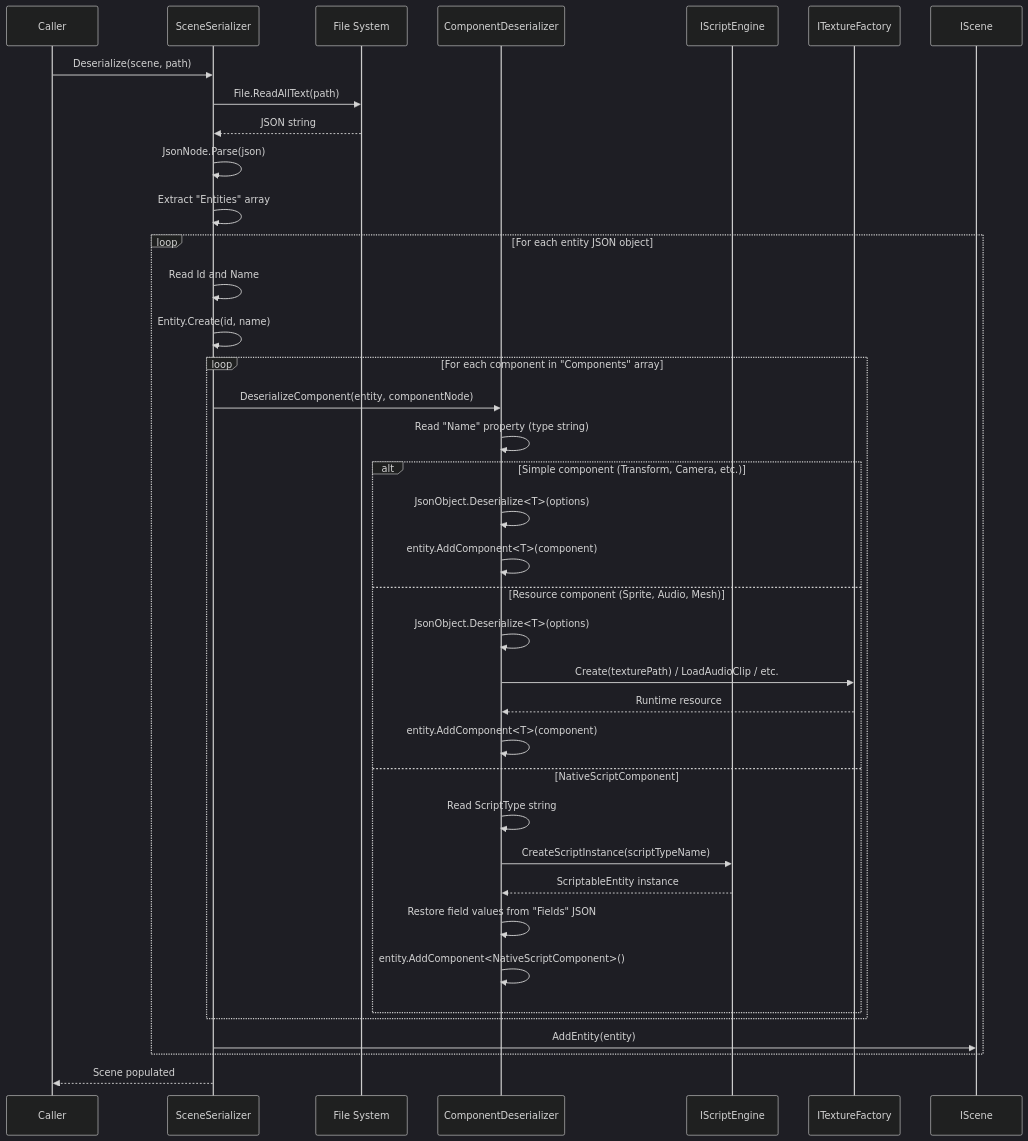
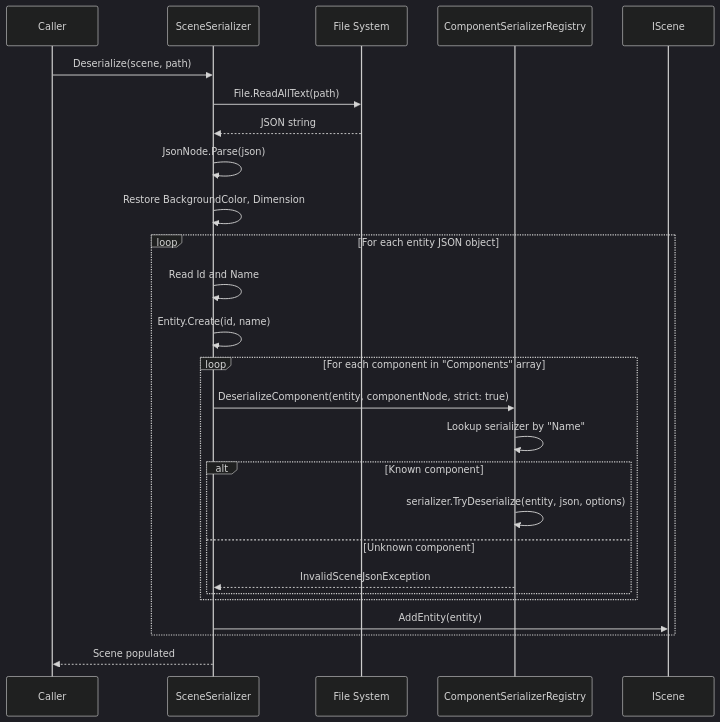
One commit to kateusz/GameEngine changed the second of 2 diagrams in docs/architecture/serialization.md. Above: the diagram before and after it, drawn with Mermaid (dark theme). The commit also changed other lines of this file and 25 other files, not shown here.

````diff
--- a/docs/architecture/serialization.md
+++ b/docs/architecture/serialization.md
@@ -153,46 +182,33 @@
 ```mermaid
 sequenceDiagram
     participant Caller
     participant SS as SceneSerializer
     participant FS as File System
-    participant CD as ComponentDeserializer
-    participant SE as IScriptEngine
-    participant TF as ITextureFactory
+    participant CSR as ComponentSerializerRegistry
     participant Scene as IScene
 
     Caller->>SS: Deserialize(scene, path)
     SS->>FS: File.ReadAllText(path)
     FS-->>SS: JSON string
     SS->>SS: JsonNode.Parse(json)
-    SS->>SS: Extract "Entities" array
+    SS->>SS: Restore BackgroundColor, Dimension
 
     loop For each entity JSON object
         SS->>SS: Read Id and Name
         SS->>SS: Entity.Create(id, name)
 
         loop For each component in "Components" array
-            SS->>CD: DeserializeComponent(entity, componentNode)
-            CD->>CD: Read "Name" property (type string)
-
-            alt Simple component (Transform, Camera, etc.)
-                CD->>CD: JsonObject.Deserialize<T>(options)
-                CD->>CD: entity.AddComponent<T>(component)
-            else Resource component (Sprite, Audio, Mesh)
-                CD->>CD: JsonObject.Deserialize<T>(options)
-                CD->>TF: Create(texturePath) / LoadAudioClip / etc.
-                TF-->>CD: Runtime resource
-                CD->>CD: entity.AddComponent<T>(component)
-            else NativeScriptComponent
-                CD->>CD: Read ScriptType string
-                CD->>SE: CreateScriptInstance(scriptTypeName)
-                SE-->>CD: ScriptableEntity instance
-                CD->>CD: Restore field values from "Fields" JSON
-                CD->>CD: entity.AddComponent<NativeScriptComponent>()
+            SS->>CSR: DeserializeComponent(entity, componentNode, strict: true)
+            CSR->>CSR: Lookup serializer by "Name"
+            alt Known component
+                CSR->>CSR: serializer.TryDeserialize(entity, json, options)
+            else Unknown component
+                CSR-->>SS: InvalidSceneJsonException
             end
         end
 
         SS->>Scene: AddEntity(entity)
     end
 
     SS-->>Caller: Scene populated
 ```
````
